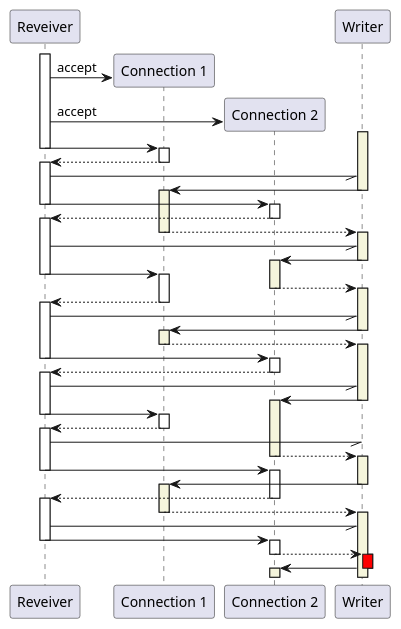
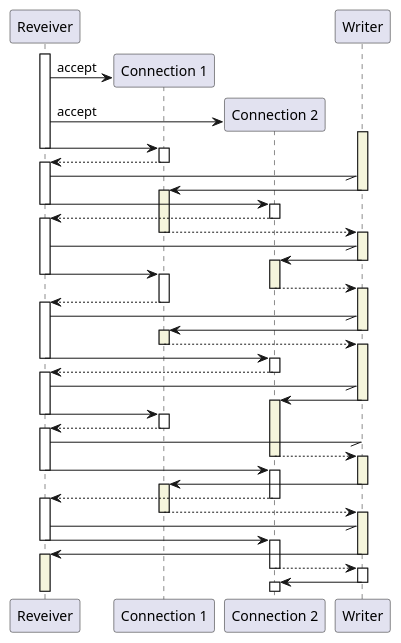
Before and after one commit to lvorobyov/Tftp: the diagram in sequence.puml, drawn with PlantUML.

```diff
--- a/sequence.puml
+++ b/sequence.puml
@@ -1,110 +1,114 @@
 @startuml
 participant Reveiver as R
 activate R
 create "Connection 1" as C1
 R -> C1: accept
 create "Connection 2" as C2
 R -> C2: accept
 
 participant Writer as W
 activate W #beige
 
 R -> C1
 deactivate R
 activate C1
 C1 --> R
 deactivate C1
 activate R
 R -// W
 W -> C1
 deactivate W
 activate C1 #beige
 R -> C2
 deactivate R
 activate C2
 C2 --> R
 deactivate C2
 activate R
 
 C1 --> W
 deactivate C1
 activate W #beige
 
 R -// W
 W -> C2
 deactivate W
 activate C2 #beige
 
 R -> C1
 deactivate R
 activate C1
 
 C2 --> W
 deactivate C2
 activate W #beige
 
 C1 --> R
 deactivate C1
 activate R
 
 R -// W 
 W -> C1
 deactivate W
 activate C1 #beige
 C1 --> W 
 deactivate C1
 activate W #beige
 
 R -> C2
 deactivate R
 activate C2
 C2 --> R
 deactivate C2
 activate R
 R -// W
 W -> C2
 deactivate W
 activate C2 #beige
 
 R -> C1
 deactivate R
 activate C1
 C1 ---> R
 deactivate C1
 activate R
 
 R -// W
 C2 --> W
 deactivate C2
 activate W #beige
 
 R -> C2
 deactivate R
 activate C2
 
 W -> C1
 deactivate W
 activate C1 #beige
 
 C2 --> R
 deactivate C2
 activate R
 
 C1 --> W
 deactivate C1
 activate W #beige
 
 R -// W
 R -> C2
 deactivate R
 activate C2
 
+W -> R
+deactivate W
+activate R #beige
+
 C2 --> W
 deactivate C2
-activate W #red
+activate W
 W -> C2
 deactivate W
-activate C2 #beige
+activate C2
 
 
 @enduml
```
